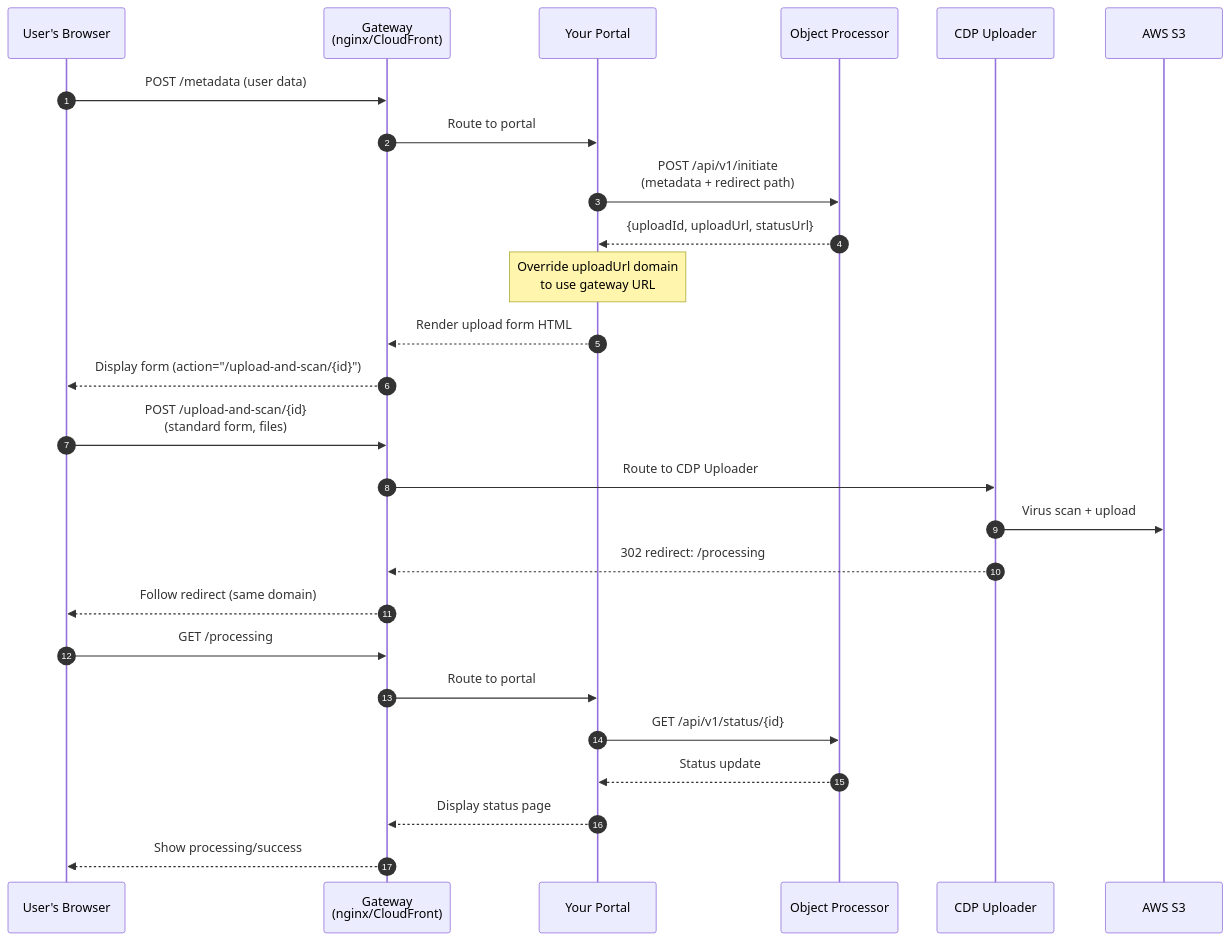
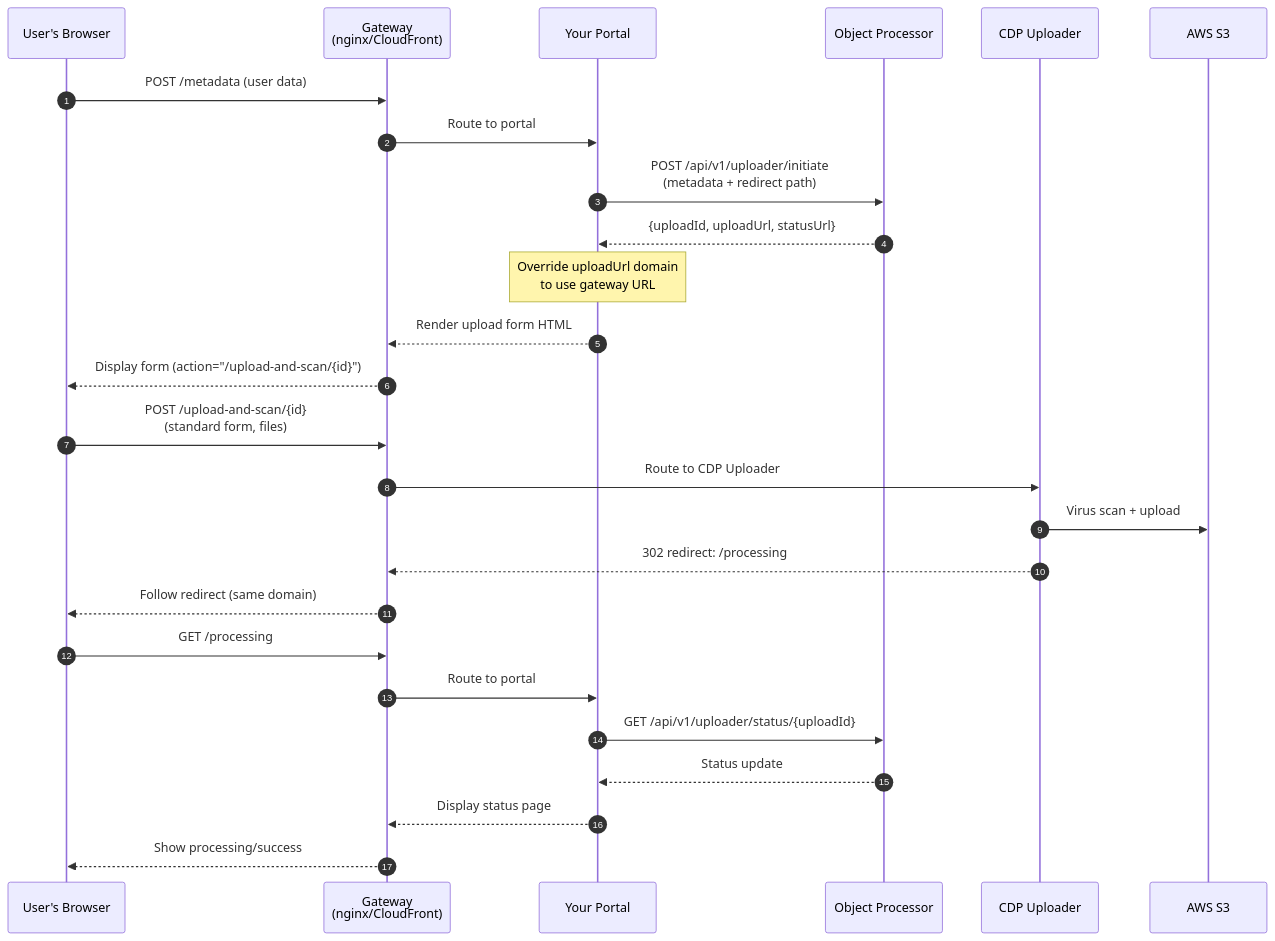
One commit to DEFRA/fcp-sfd-portal-stub changed the first of 3 diagrams in README.md. Above: the diagram before and after it, drawn with Mermaid. The commit also changed other lines of this file and 3 other files, not shown here.

First line of the commit message:
fix: replace stub /api/v1/status/{correlationId} with /api/v1/uploade… (#54)

````diff
--- a/README.md
+++ b/README.md
@@ -146,31 +146,31 @@
 ```mermaid
 sequenceDiagram
     autonumber
     participant Browser as User's Browser
     participant Gateway as Gateway<br/>(nginx/CloudFront)
     participant Portal as Your Portal
     participant Processor as Object Processor
     participant Uploader as CDP Uploader
     participant S3 as AWS S3
 
     Browser->>Gateway: POST /metadata (user data)
     Gateway->>Portal: Route to portal
-    Portal->>Processor: POST /api/v1/initiate<br/>(metadata + redirect path)
+    Portal->>Processor: POST /api/v1/uploader/initiate<br/>(metadata + redirect path)
     Processor-->>Portal: {uploadId, uploadUrl, statusUrl}
     Note over Portal: Override uploadUrl domain<br/>to use gateway URL
     Portal-->>Gateway: Render upload form HTML
     Gateway-->>Browser: Display form (action="/upload-and-scan/{id}")
     
     Browser->>Gateway: POST /upload-and-scan/{id}<br/>(standard form, files)
     Gateway->>Uploader: Route to CDP Uploader
     Uploader->>S3: Virus scan + upload
     Uploader-->>Gateway: 302 redirect: /processing
     Gateway-->>Browser: Follow redirect (same domain)
     
     Browser->>Gateway: GET /processing
     Gateway->>Portal: Route to portal
-    Portal->>Processor: GET /api/v1/status/{id}
+    Portal->>Processor: GET /api/v1/uploader/status/{uploadId}
     Processor-->>Portal: Status update
     Portal-->>Gateway: Display status page
     Gateway-->>Browser: Show processing/success
 ```
````
